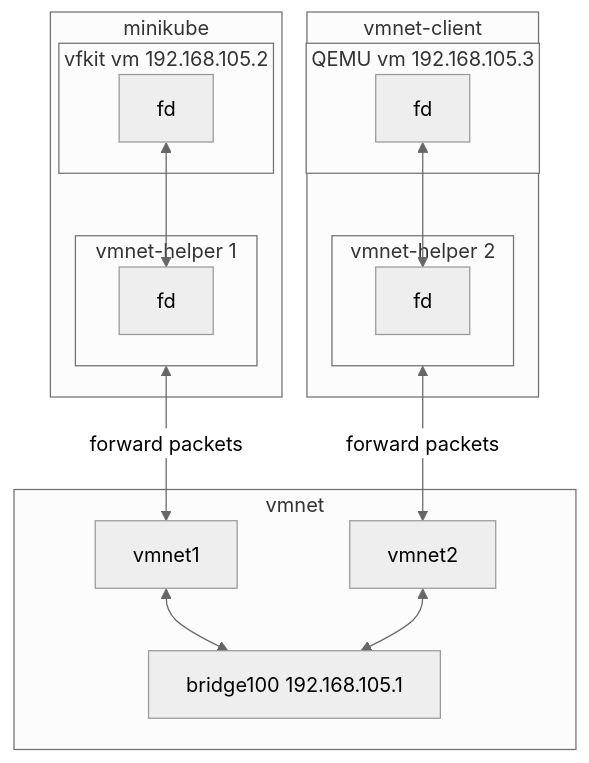
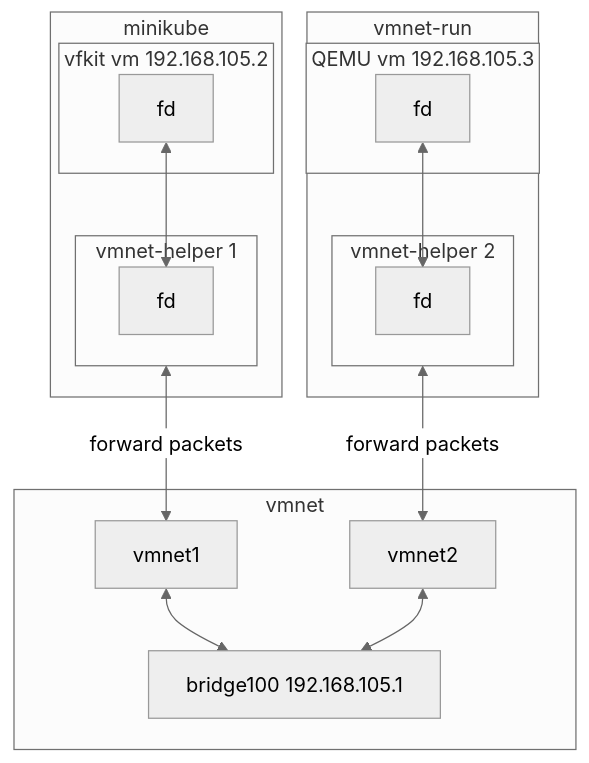
One commit to nirs/vmnet-helper changed the second of 3 diagrams in docs/architecture.md. Above: the diagram before and after it, drawn with Mermaid (neutral theme). The commit also changed other lines of this file and 12 other files, not shown here.

First line of the commit message:
Rename vmnet-client to vmnet-run

````diff
--- a/docs/architecture.md
+++ b/docs/architecture.md
@@ -84,36 +84,36 @@
 ```mermaid
 flowchart TB
   subgraph minikube
     subgraph vm1["vfkit vm 192.168.105.2"]
       fd1["fd"]
     end
     subgraph helper1["vmnet-helper 1"]
       fd2["fd"]
     end
 
     fd1 <--> fd2
   end
 
-  subgraph vmnet-client
+  subgraph vmnet-run
     subgraph vm2["QEMU vm 192.168.105.3"]
       fd3["fd"]
     end
     subgraph helper2["vmnet-helper 2"]
       fd4["fd"]
     end
 
     fd3 <--> fd4
   end
 
   subgraph vmnet
     vmnet1
     vmnet2
     bridge["bridge100 192.168.105.1"]
 
     vmnet1 <--> bridge
     vmnet2 <--> bridge
   end
 
   helper1 <-->|"forward packets"| vmnet1
   helper2 <-->|"forward packets"| vmnet2
 ```
````
